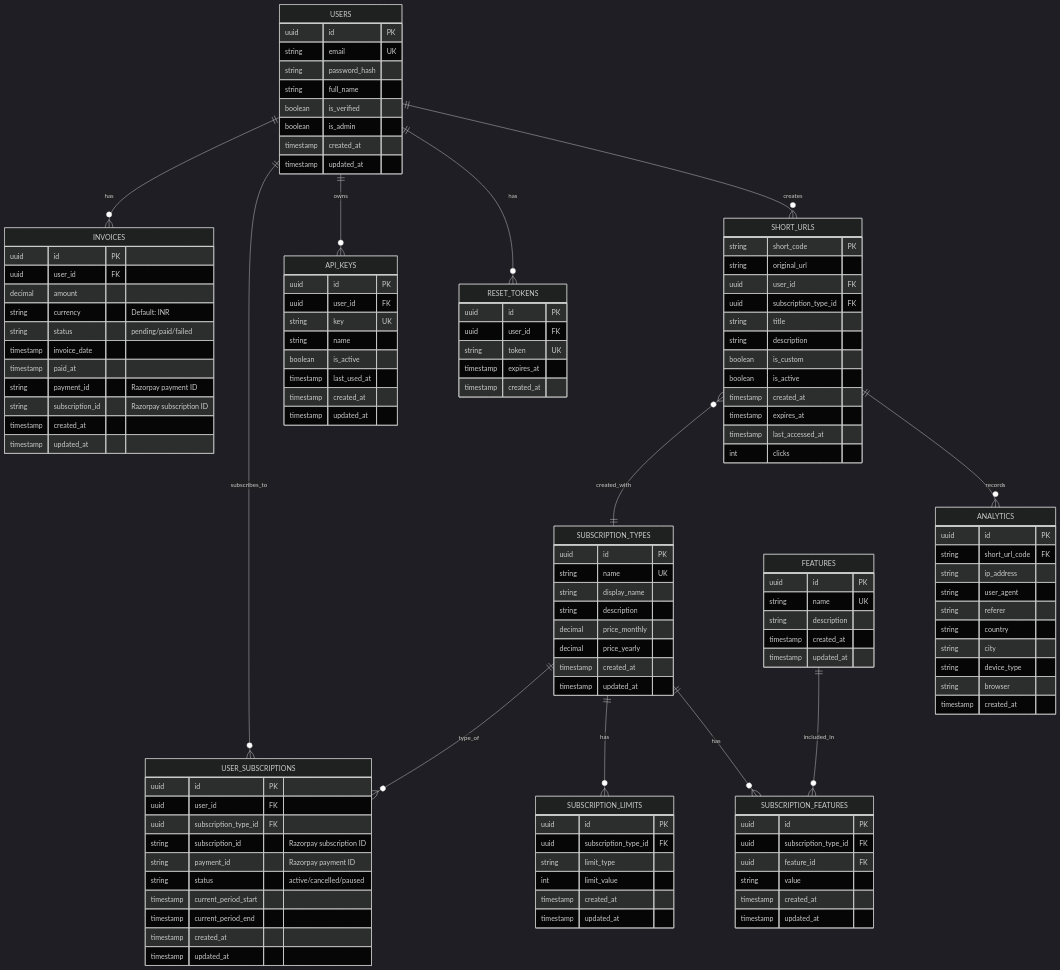
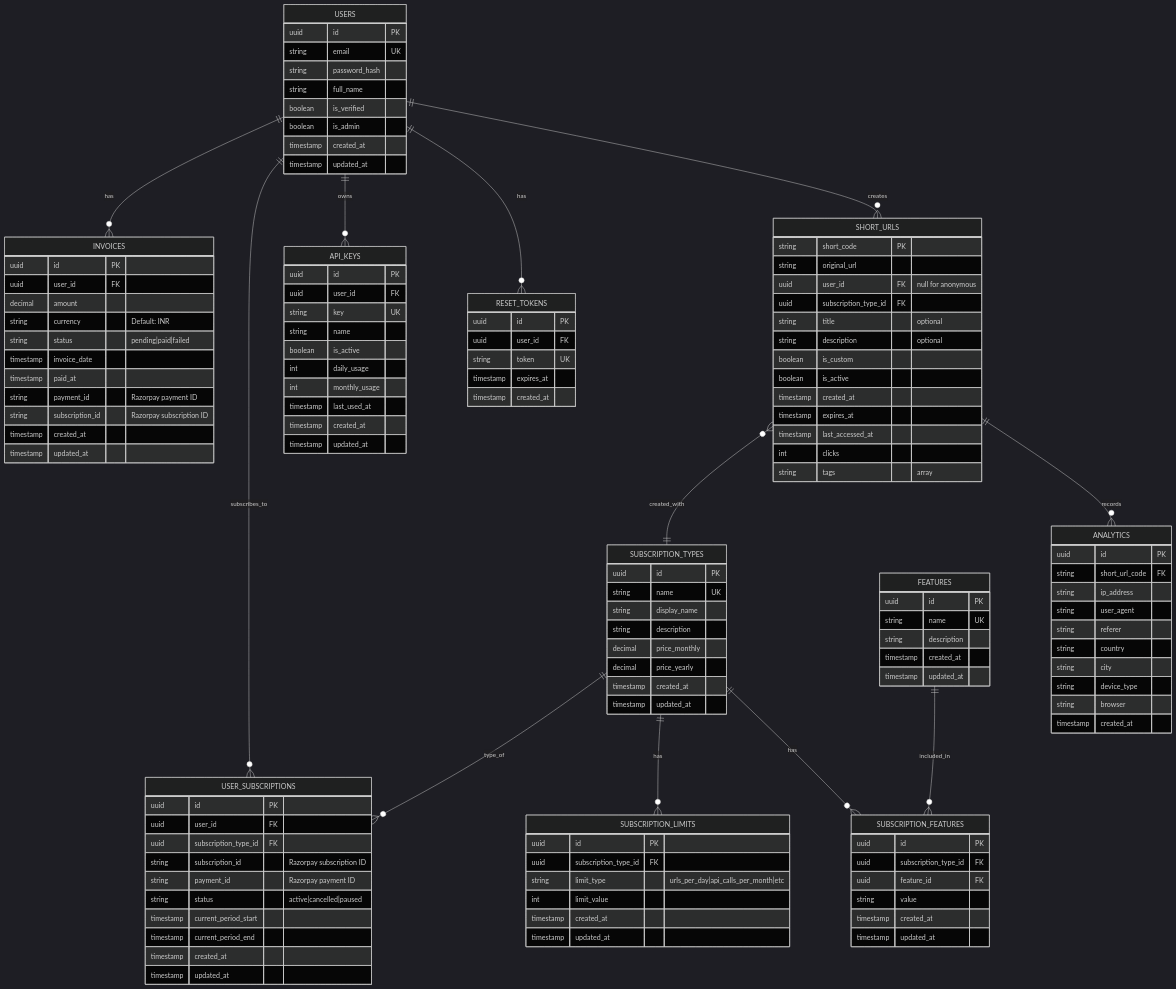
One commit to sylvesterdas/minifyn-homepage changed the diagram in docs/project-erd.mermaid. Above: the diagram before and after it, drawn with Mermaid (dark theme). The commit also changed 2 other files, not shown here.

```diff
--- a/docs/project-erd.mermaid
+++ b/docs/project-erd.mermaid
@@ -1,134 +1,137 @@
 erDiagram
     USERS ||--o{ SHORT_URLS : creates
     USERS ||--o{ RESET_TOKENS : has
     USERS ||--o{ API_KEYS : owns
     USERS ||--o{ USER_SUBSCRIPTIONS : subscribes_to
     USERS ||--o{ INVOICES : has
     SHORT_URLS ||--o{ ANALYTICS : records
     SUBSCRIPTION_TYPES ||--o{ SUBSCRIPTION_FEATURES : has
     SUBSCRIPTION_TYPES ||--o{ SUBSCRIPTION_LIMITS : has
     FEATURES ||--o{ SUBSCRIPTION_FEATURES : included_in
     SUBSCRIPTION_TYPES ||--o{ USER_SUBSCRIPTIONS : type_of
     SHORT_URLS }o--|| SUBSCRIPTION_TYPES : created_with
 
     USERS {
         uuid id PK
         string email UK
         string password_hash
         string full_name
         boolean is_verified
         boolean is_admin
         timestamp created_at
         timestamp updated_at
     }
 
     SHORT_URLS {
         string short_code PK
         string original_url
-        uuid user_id FK
+        uuid user_id FK "null for anonymous"
         uuid subscription_type_id FK
-        string title
-        string description
+        string title "optional"
+        string description "optional"
         boolean is_custom
         boolean is_active
         timestamp created_at
         timestamp expires_at
         timestamp last_accessed_at
         int clicks
+        string tags "array"
     }
 
     ANALYTICS {
         uuid id PK
         string short_url_code FK
         string ip_address
         string user_agent
         string referer
         string country
         string city
         string device_type
         string browser
         timestamp created_at
     }
 
     RESET_TOKENS {
         uuid id PK
         uuid user_id FK
         string token UK
         timestamp expires_at
         timestamp created_at
     }
 
     API_KEYS {
         uuid id PK
         uuid user_id FK
         string key UK
         string name
         boolean is_active
+        int daily_usage
+        int monthly_usage
         timestamp last_used_at
         timestamp created_at
         timestamp updated_at
     }
 
     SUBSCRIPTION_TYPES {
         uuid id PK
         string name UK
         string display_name
         string description
         decimal price_monthly
         decimal price_yearly
         timestamp created_at
         timestamp updated_at
     }
 
     FEATURES {
         uuid id PK
         string name UK
         string description
         timestamp created_at
         timestamp updated_at
     }
 
     SUBSCRIPTION_FEATURES {
         uuid id PK
         uuid subscription_type_id FK
         uuid feature_id FK
         string value
         timestamp created_at
         timestamp updated_at
     }
 
     SUBSCRIPTION_LIMITS {
         uuid id PK
         uuid subscription_type_id FK
-        string limit_type
+        string limit_type "urls_per_day|api_calls_per_month|etc"
         int limit_value
         timestamp created_at
         timestamp updated_at
     }
 
     USER_SUBSCRIPTIONS {
         uuid id PK
         uuid user_id FK
         uuid subscription_type_id FK
         string subscription_id "Razorpay subscription ID"
         string payment_id "Razorpay payment ID"
-        string status "active/cancelled/paused"
+        string status "active|cancelled|paused"
         timestamp current_period_start
         timestamp current_period_end
         timestamp created_at
         timestamp updated_at
     }
 
     INVOICES {
         uuid id PK
         uuid user_id FK
         decimal amount
         string currency "Default: INR"
-        string status "pending/paid/failed"
+        string status "pending|paid|failed"
         timestamp invoice_date
         timestamp paid_at
         string payment_id "Razorpay payment ID"
         string subscription_id "Razorpay subscription ID"
         timestamp created_at
         timestamp updated_at
     }
```
